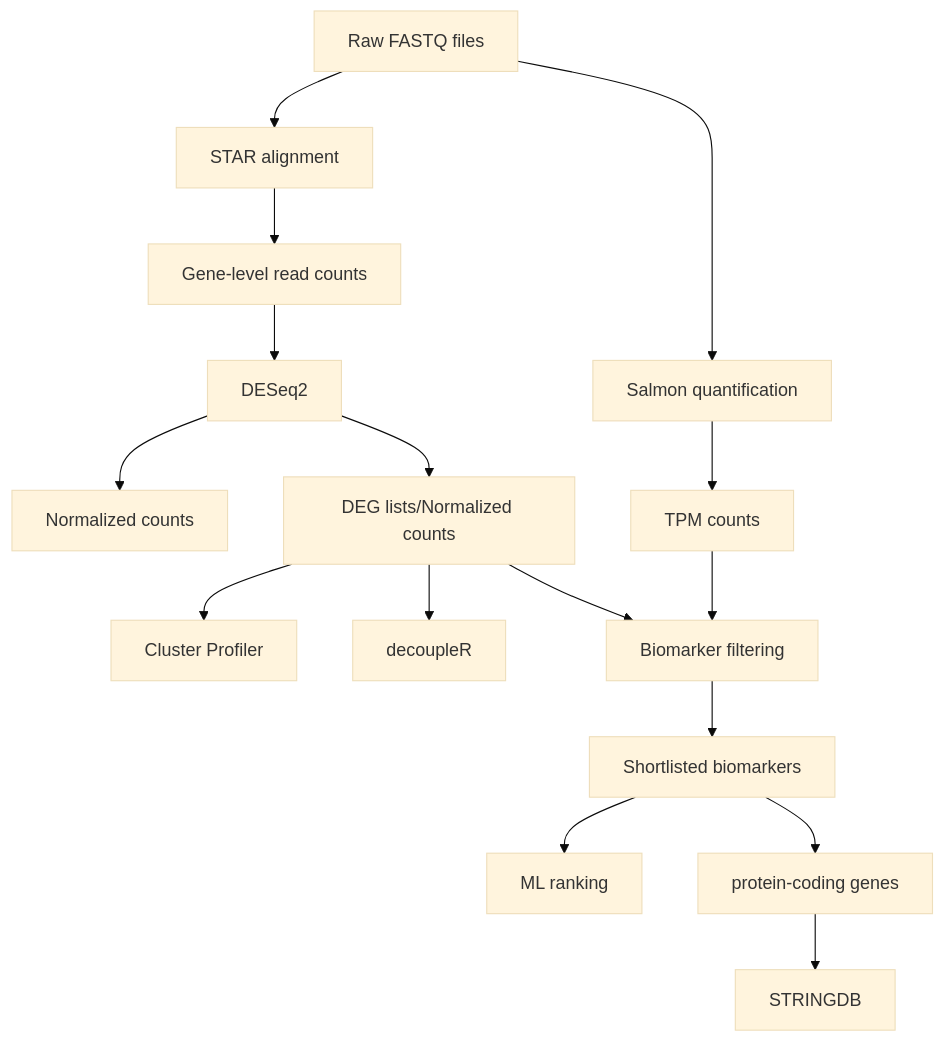
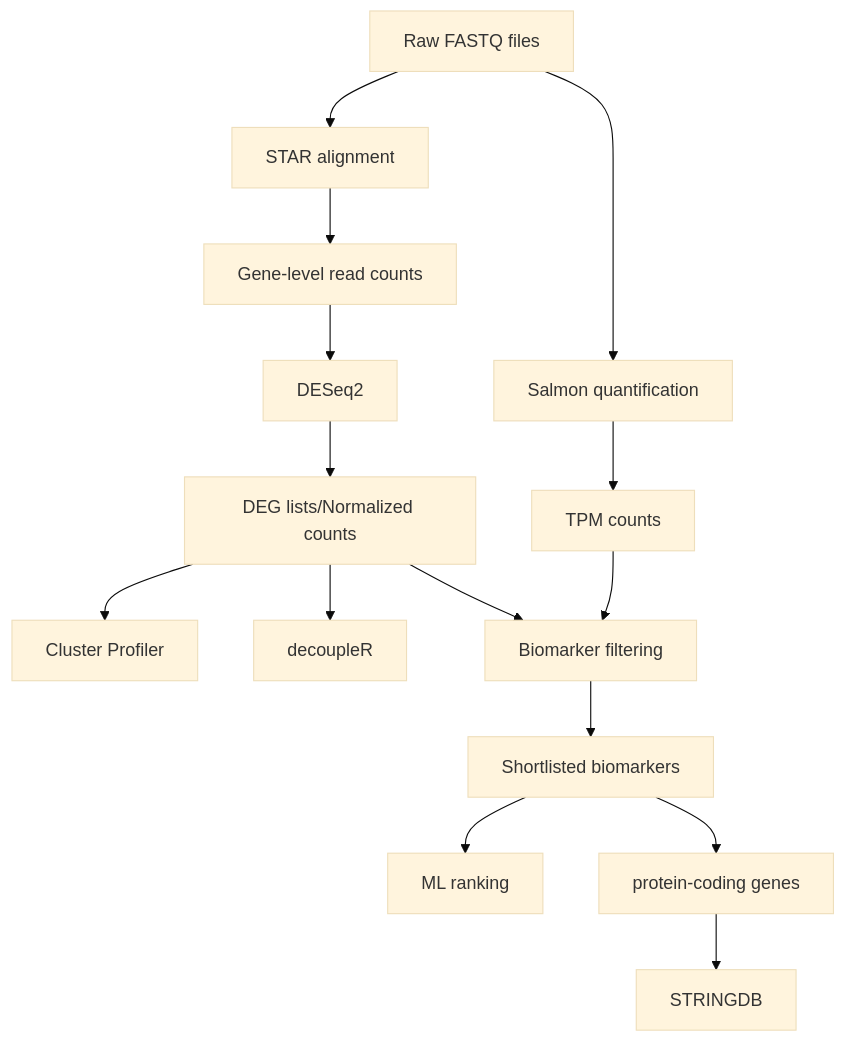
The diagram in README.md (tudumanne/BulkRNAseq_Barretts), drawn with Mermaid (base theme) before and after one commit.

Commit message:
Updated main workflow diagram

````diff
--- a/README.md
+++ b/README.md
@@ -15,18 +15,17 @@
 ``` mermaid
 graph TD; 
     A[Raw FASTQ files]-->B[STAR alignment];
     A-->C[Salmon quantification];
     B-->D[Gene-level read counts];
     D-->E[DESeq2];
-    E-->F[Normalized counts];
-    E-->G[DEG lists/Normalized counts];
-    G-->H[Cluster Profiler];
-    G-->I[decoupleR]; 
-    C-->J[TPM counts];
-    G-->K[Biomarker filtering];
-    J-->K;
-    K-->L[Shortlisted biomarkers]
-    L-->M[ML ranking];
-    L-->N[protein-coding genes]
-    N-->O[STRINGDB];
+    E-->F[DEG lists/Normalized counts];
+    F-->G[Cluster Profiler];
+    F-->H[decoupleR]; 
+    C-->I[TPM counts];
+    F-->J[Biomarker filtering];
+    I-->J;
+    J-->K[Shortlisted biomarkers]
+    K-->L[ML ranking];
+    K-->M[protein-coding genes]
+    M-->N[STRINGDB];
 ```
````
